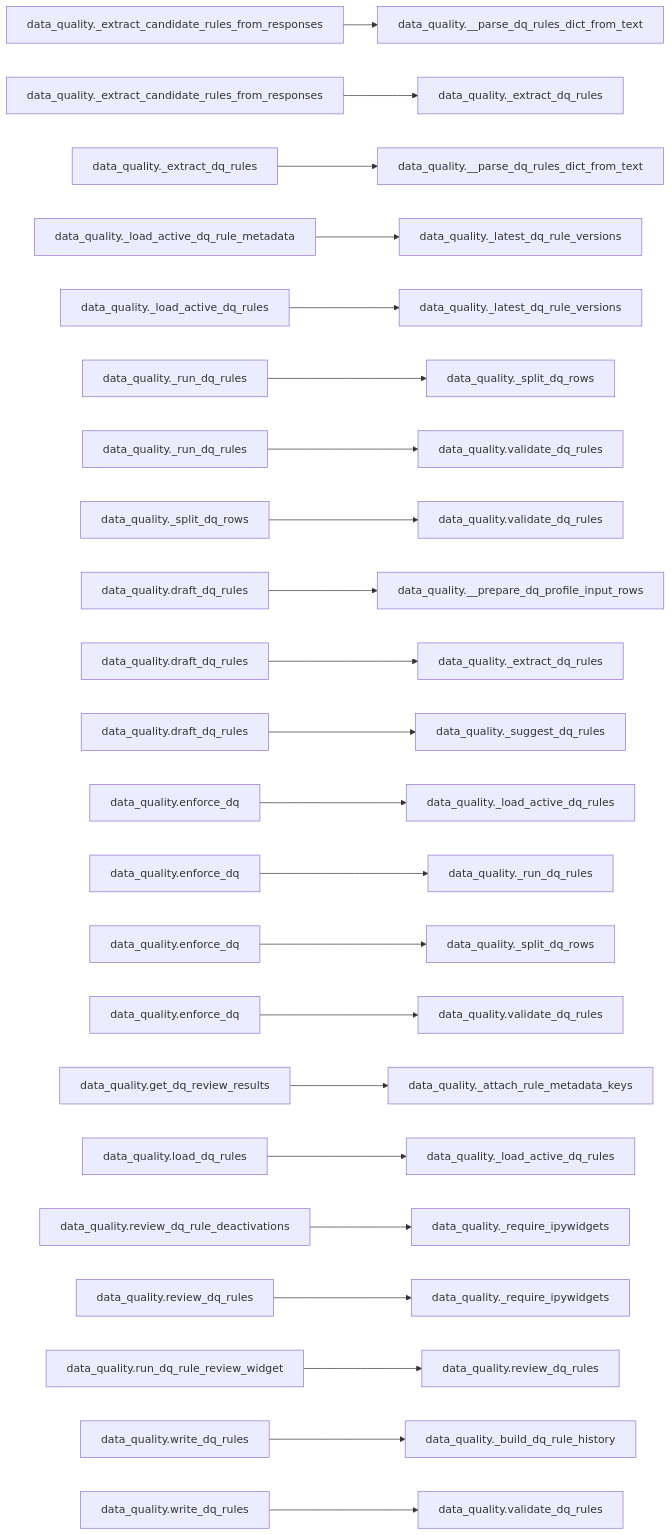
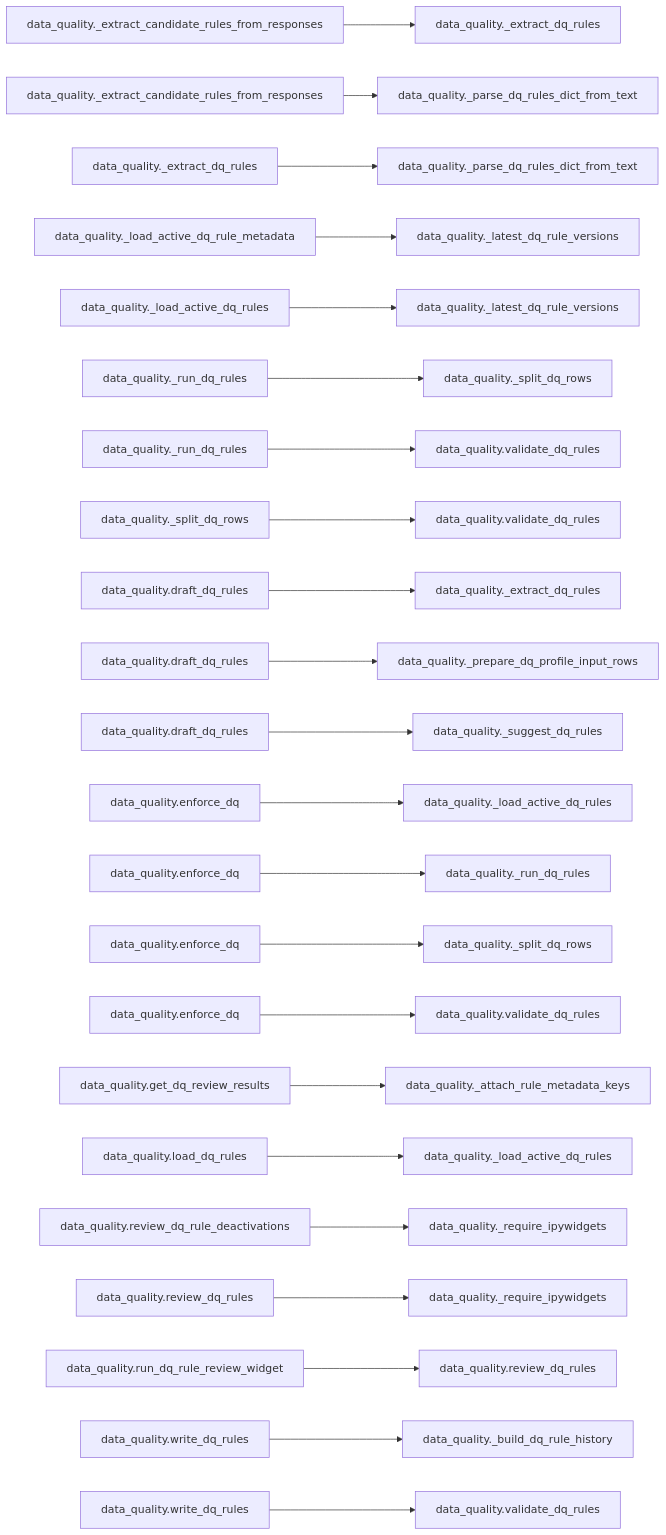
The first of 2 diagrams in docs/api/modules/data_quality.md (Voycepeh/FabricOps-Starter-Kit), drawn with Mermaid before and after one commit. The commit also changed other lines of this file and 10 other files, not shown here.

````diff
--- a/docs/api/modules/data_quality.md
+++ b/docs/api/modules/data_quality.md
@@ -207,25 +214,25 @@
 ```mermaid
 flowchart LR
-  n1["data_quality._extract_candidate_rules_from_responses"] --> n1b["data_quality.__parse_dq_rules_dict_from_text"]
-  n2["data_quality._extract_candidate_rules_from_responses"] --> n2b["data_quality._extract_dq_rules"]
-  n3["data_quality._extract_dq_rules"] --> n3b["data_quality.__parse_dq_rules_dict_from_text"]
+  n1["data_quality._extract_candidate_rules_from_responses"] --> n1b["data_quality._extract_dq_rules"]
+  n2["data_quality._extract_candidate_rules_from_responses"] --> n2b["data_quality._parse_dq_rules_dict_from_text"]
+  n3["data_quality._extract_dq_rules"] --> n3b["data_quality._parse_dq_rules_dict_from_text"]
   n4["data_quality._load_active_dq_rule_metadata"] --> n4b["data_quality._latest_dq_rule_versions"]
   n5["data_quality._load_active_dq_rules"] --> n5b["data_quality._latest_dq_rule_versions"]
   n6["data_quality._run_dq_rules"] --> n6b["data_quality._split_dq_rows"]
   n7["data_quality._run_dq_rules"] --> n7b["data_quality.validate_dq_rules"]
   n8["data_quality._split_dq_rows"] --> n8b["data_quality.validate_dq_rules"]
-  n9["data_quality.draft_dq_rules"] --> n9b["data_quality.__prepare_dq_profile_input_rows"]
-  n10["data_quality.draft_dq_rules"] --> n10b["data_quality._extract_dq_rules"]
+  n9["data_quality.draft_dq_rules"] --> n9b["data_quality._extract_dq_rules"]
+  n10["data_quality.draft_dq_rules"] --> n10b["data_quality._prepare_dq_profile_input_rows"]
   n11["data_quality.draft_dq_rules"] --> n11b["data_quality._suggest_dq_rules"]
   n12["data_quality.enforce_dq"] --> n12b["data_quality._load_active_dq_rules"]
   n13["data_quality.enforce_dq"] --> n13b["data_quality._run_dq_rules"]
   n14["data_quality.enforce_dq"] --> n14b["data_quality._split_dq_rows"]
   n15["data_quality.enforce_dq"] --> n15b["data_quality.validate_dq_rules"]
   n16["data_quality.get_dq_review_results"] --> n16b["data_quality._attach_rule_metadata_keys"]
   n17["data_quality.load_dq_rules"] --> n17b["data_quality._load_active_dq_rules"]
   n18["data_quality.review_dq_rule_deactivations"] --> n18b["data_quality._require_ipywidgets"]
   n19["data_quality.review_dq_rules"] --> n19b["data_quality._require_ipywidgets"]
   n20["data_quality.run_dq_rule_review_widget"] --> n20b["data_quality.review_dq_rules"]
   n21["data_quality.write_dq_rules"] --> n21b["data_quality._build_dq_rule_history"]
   n22["data_quality.write_dq_rules"] --> n22b["data_quality.validate_dq_rules"]
 ```
````
